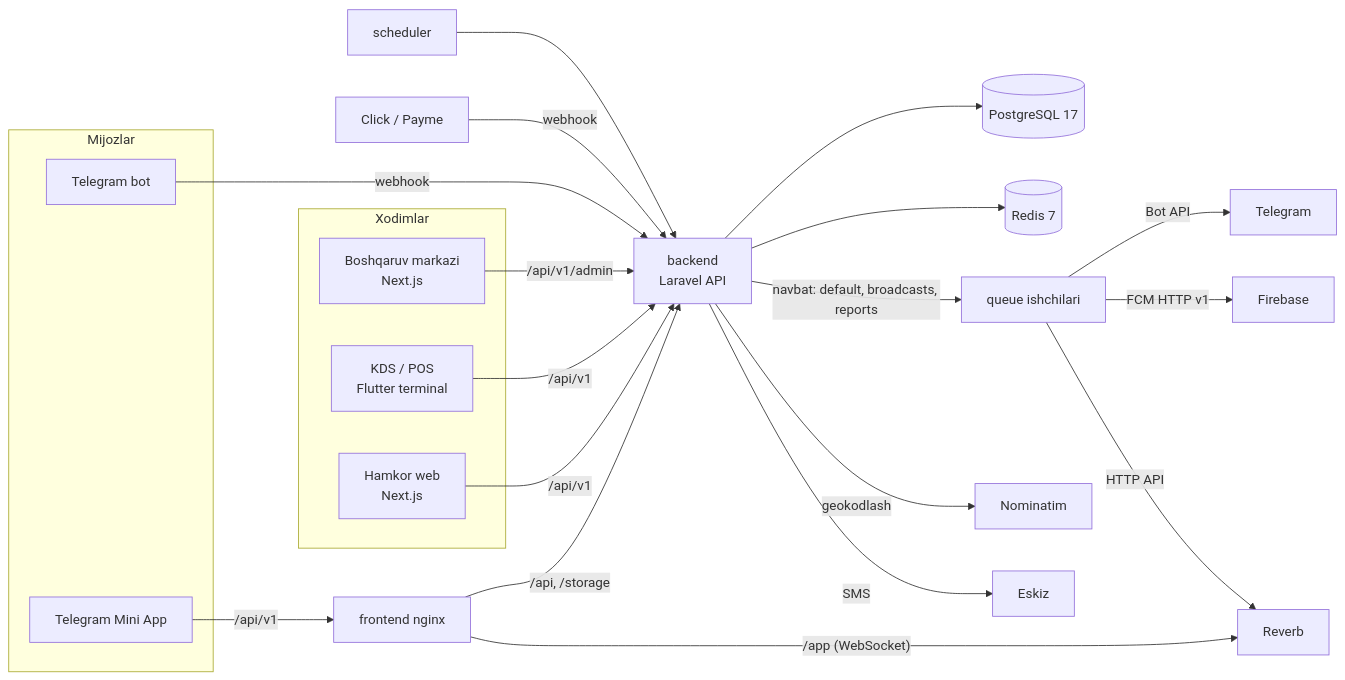
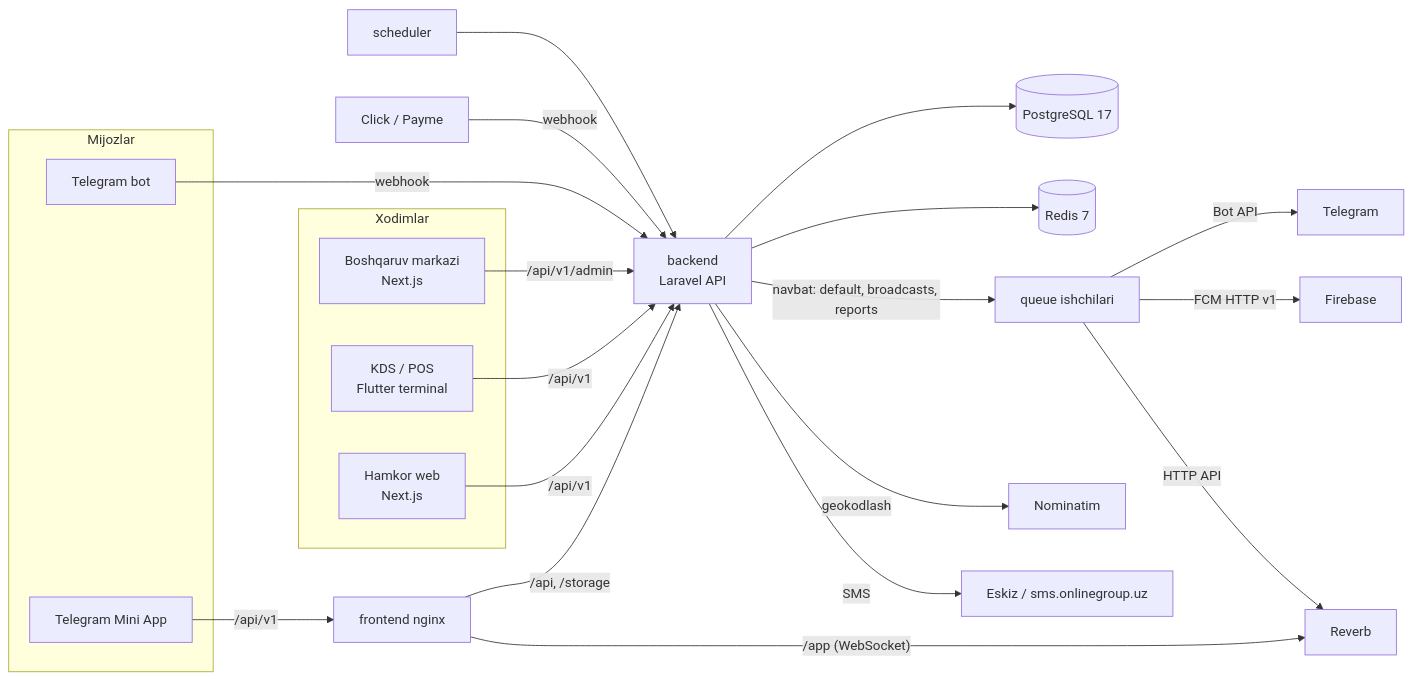
One commit to BoburKhanUz/rizqim changed the first of 3 diagrams in docs/ARCHITECTURE.md. Above: the diagram before and after it, drawn with Mermaid. The commit also changed other lines of this file and 19 other files, not shown here.

First line of the commit message:
SMS: send through the owner's gateway sms.onlinegroup.uz

````diff
--- a/docs/ARCHITECTURE.md
+++ b/docs/ARCHITECTURE.md
@@ -83,29 +83,29 @@
 ```mermaid
 flowchart LR
     subgraph Mijozlar
         TG[Telegram Mini App]
         BOT[Telegram bot]
     end
     subgraph Xodimlar
         PW[Hamkor web<br/>Next.js]
         ADM[Boshqaruv markazi<br/>Next.js]
         KDS[KDS / POS<br/>Flutter terminal]
     end
     TG -- "/api/v1" --> NGX[frontend nginx]
     NGX -- "/api, /storage" --> API
     NGX -- "/app (WebSocket)" --> REV[Reverb]
     PW -- "/api/v1" --> API
     KDS -- "/api/v1" --> API
     ADM -- "/api/v1/admin" --> API
     BOT -- webhook --> API[backend<br/>Laravel API]
     PAY[Click / Payme] -- webhook --> API
     API --> PG[(PostgreSQL 17)]
     API --> RD[(Redis 7)]
     API -- "navbat: default, broadcasts, reports" --> Q[queue ishchilari]
     Q -- Bot API --> TGAPI[Telegram]
     Q -- FCM HTTP v1 --> FCM[Firebase]
     Q -- HTTP API --> REV
     SCH[scheduler] --> API
     API -- geokodlash --> NOM[Nominatim]
-    API -- SMS --> ESK[Eskiz]
+    API -- SMS --> ESK[Eskiz / sms.onlinegroup.uz]
 ```
````
